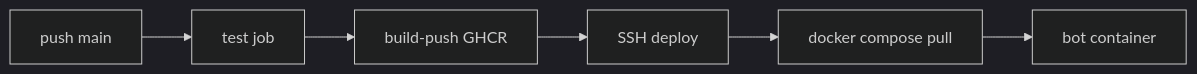
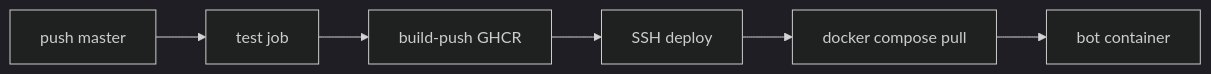
The third of 3 diagrams in docs/SPEC.md (51ck/sushkabot), drawn with Mermaid (dark theme) before and after one commit. The commit also changed other lines of this file and 3 other files, not shown here.

````diff
--- a/docs/SPEC.md
+++ b/docs/SPEC.md
@@ -467,8 +467,8 @@
 ```mermaid
 flowchart LR
-  pushMain[push main] --> testJob[test job]
+  pushMaster[push master] --> testJob[test job]
   testJob --> buildPush[build-push GHCR]
   buildPush --> deployJob[SSH deploy]
   deployJob --> vpsCompose[docker compose pull]
   vpsCompose --> botContainer[bot container]
 ```
````
